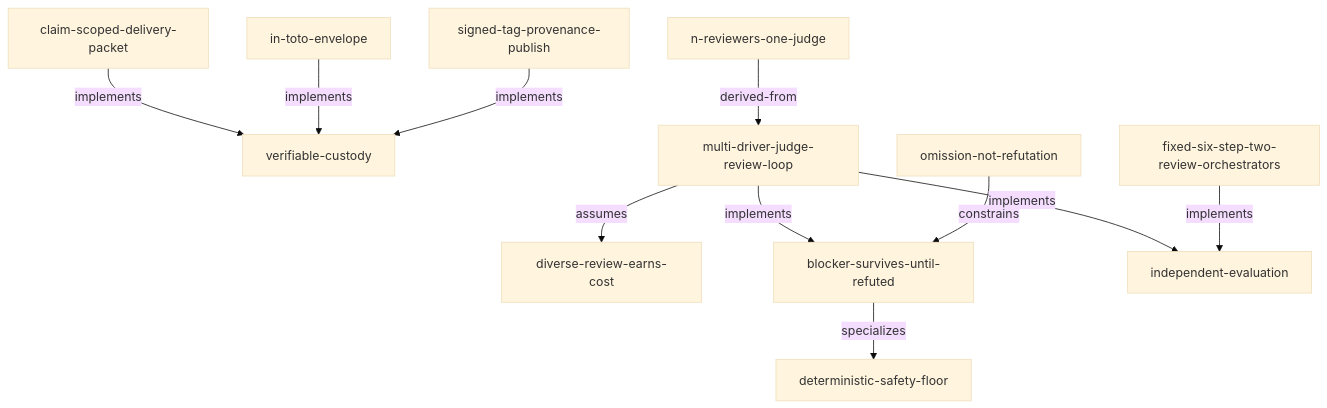
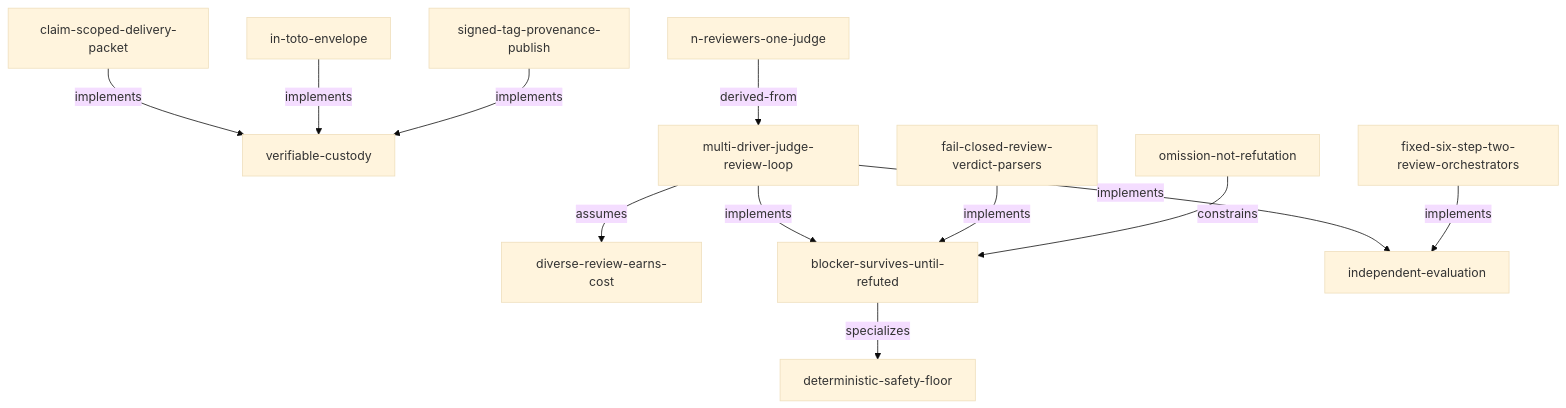
The diagram in docs/assurance/generated/review.md (pelaggio/pelaggio), drawn with Mermaid (base theme) before and after one commit. The commit also changed 6 other files, not shown here.

Commit message:
docs: apply doc-review pass 3 — derive adrMap from node sources (5 drifted ADRs repaired), freeze the Q14 baseline as shrink-only, name the egress broker and fail-closed parsers, give ADR-0017 its decision and ADR-0012 its proposition, trim README restatements of ADR-0027

````diff
--- a/docs/assurance/generated/review.md
+++ b/docs/assurance/generated/review.md
@@ -7,25 +7,27 @@
 ```mermaid
 flowchart TB
   ASM_0002["diverse-review-earns-cost"]
   CLM_0008["verifiable-custody"]
   CLM_0009["blocker-survives-until-refuted"]
   CLM_0016["independent-evaluation"]
   CLM_0019["deterministic-safety-floor"]
   CON_0008["omission-not-refutation"]
   CTR_0003["n-reviewers-one-judge"]
+  CTR_0012["fail-closed-review-verdict-parsers"]
   DEC_0003["signed-tag-provenance-publish"]
   DEC_0008["in-toto-envelope"]
   DEC_0012["fixed-six-step-two-review-orchestrators"]
   DEC_0014["multi-driver-judge-review-loop"]
   DEC_0020["claim-scoped-delivery-packet"]
   CLM_0009 -->|specializes| CLM_0019
   CON_0008 -->|constrains| CLM_0009
   CTR_0003 -->|derived-from| DEC_0014
+  CTR_0012 -->|implements| CLM_0009
   DEC_0003 -->|implements| CLM_0008
   DEC_0008 -->|implements| CLM_0008
   DEC_0012 -->|implements| CLM_0016
   DEC_0014 -->|assumes| ASM_0002
   DEC_0014 -->|implements| CLM_0009
   DEC_0014 -->|implements| CLM_0016
   DEC_0020 -->|implements| CLM_0008
 ```
````
